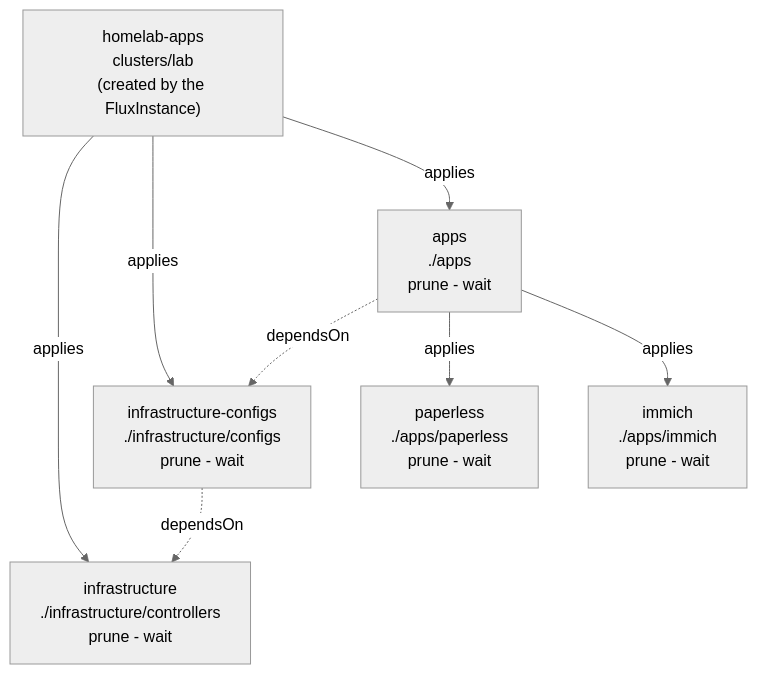
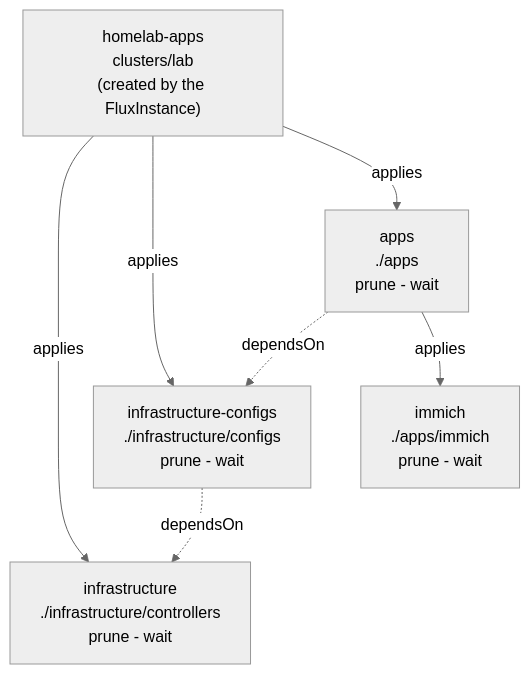
The diagram in README.md (Sojamann/homelab-apps), drawn with Mermaid (neutral theme) before and after one commit. The commit also changed other lines of this file and 5 other files, not shown here.

````diff
--- a/README.md
+++ b/README.md
@@ -17,14 +17,13 @@
 ```mermaid
 graph TD
   ROOT["homelab-apps<br/>clusters/lab<br/>(created by the FluxInstance)"]
 
   ROOT -->|applies| INFRA["infrastructure<br/>./infrastructure/controllers<br/>prune - wait"]
   ROOT -->|applies| CFG["infrastructure-configs<br/>./infrastructure/configs<br/>prune - wait"]
   ROOT -->|applies| APPS["apps<br/>./apps<br/>prune - wait"]
 
   CFG -.->|dependsOn| INFRA
   APPS -.->|dependsOn| CFG
 
-  APPS -->|applies| PL["paperless<br/>./apps/paperless<br/>prune - wait"]
   APPS -->|applies| IM["immich<br/>./apps/immich<br/>prune - wait"]
 ```
````
